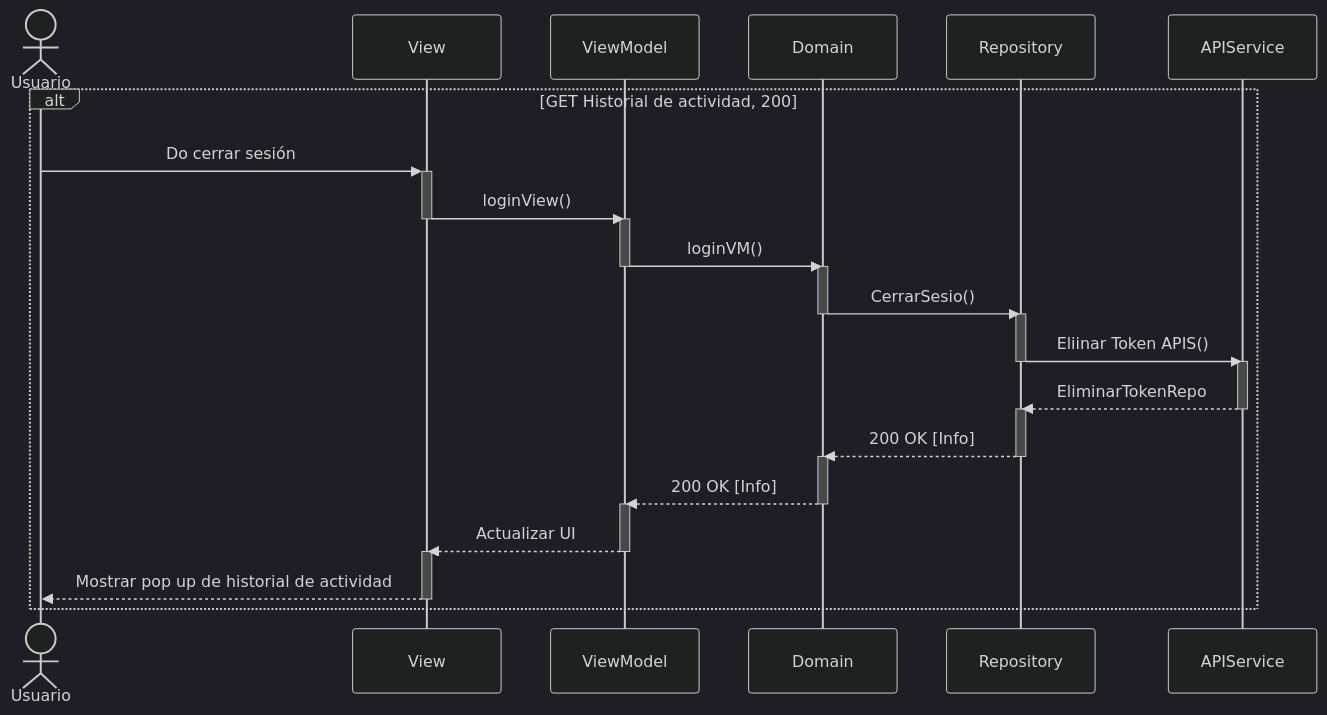
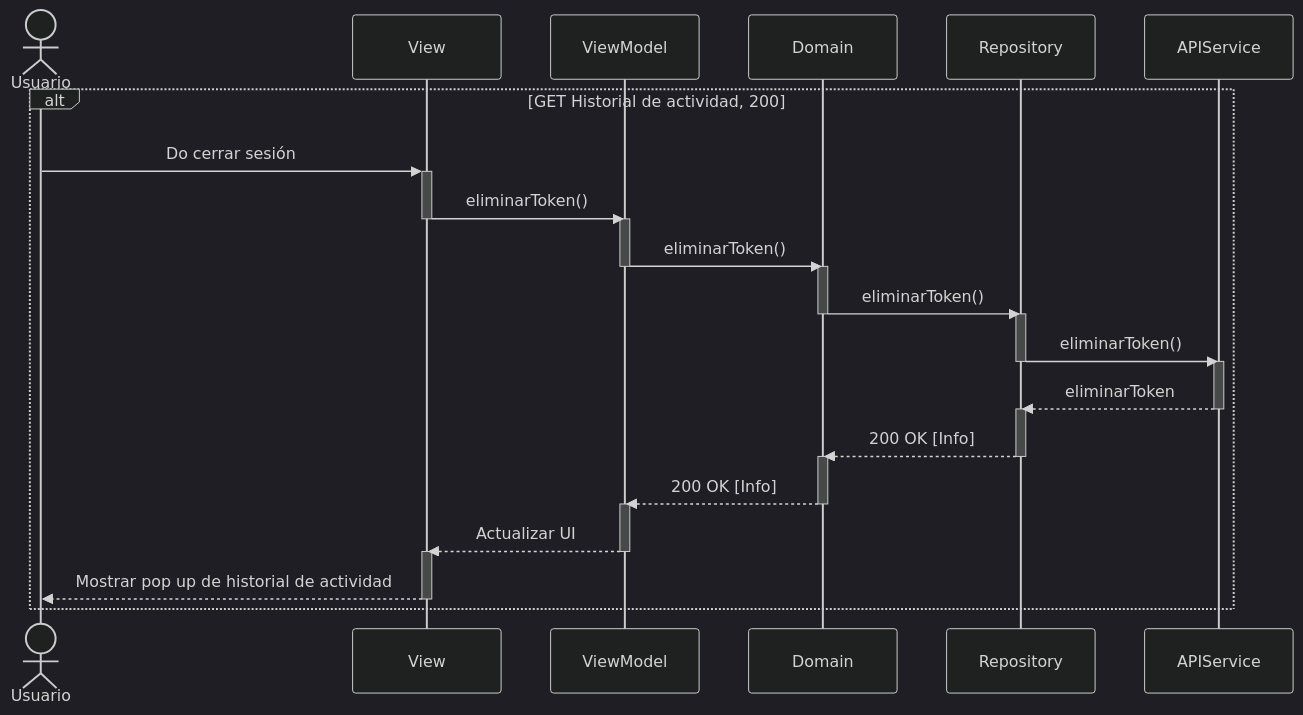
One commit to CodeAnd-Co/Documentacion changed the diagram in documentation/docs/proyectos/larvas/documentacion/requisitos/RF9.md. Above: the diagram before and after it, drawn with Mermaid (dark theme). The commit also changed other lines of this file and 3 other files, not shown here.

````diff
--- a/documentation/docs/proyectos/larvas/documentacion/requisitos/RF9.md
+++ b/documentation/docs/proyectos/larvas/documentacion/requisitos/RF9.md
@@ -26,40 +26,40 @@
 ```mermaid
 sequenceDiagram
     actor Usuario 
     participant View as View
     participant ViewModel as ViewModel
     participant Domain as Domain
     participant Repository as Repository
    
     alt GET Historial de actividad, 200
         Usuario->>+View: Do cerrar sesión
-        View->>-ViewModel: loginView()
+        View->>-ViewModel: eliminarToken()
         activate ViewModel 
-        ViewModel->>Domain: loginVM()
+        ViewModel->>Domain: eliminarToken()
         deactivate ViewModel 
         activate Domain
-        Domain->>Repository: CerrarSesio()
+        Domain->>Repository: eliminarToken()
         deactivate Domain
         activate Repository
-        Repository->>APIService: Eliinar Token APIS()
+        Repository->>APIService: eliminarToken()
         deactivate Repository
         activate APIService
         
 
-        APIService-->>Repository: EliminarTokenRepo
+        APIService-->>Repository: eliminarToken
         deactivate APIService
         activate Repository
         Repository-->>Domain: 200 OK [Info]
         deactivate Repository
         activate Domain
         Domain-->>ViewModel: 200 OK [Info]
         deactivate Domain
         activate ViewModel
         ViewModel-->>View: Actualizar UI
         deactivate ViewModel
         activate View
         View-->>Usuario: Mostrar pop up de historial de actividad
         deactivate View
     
       end
 ```   
````
